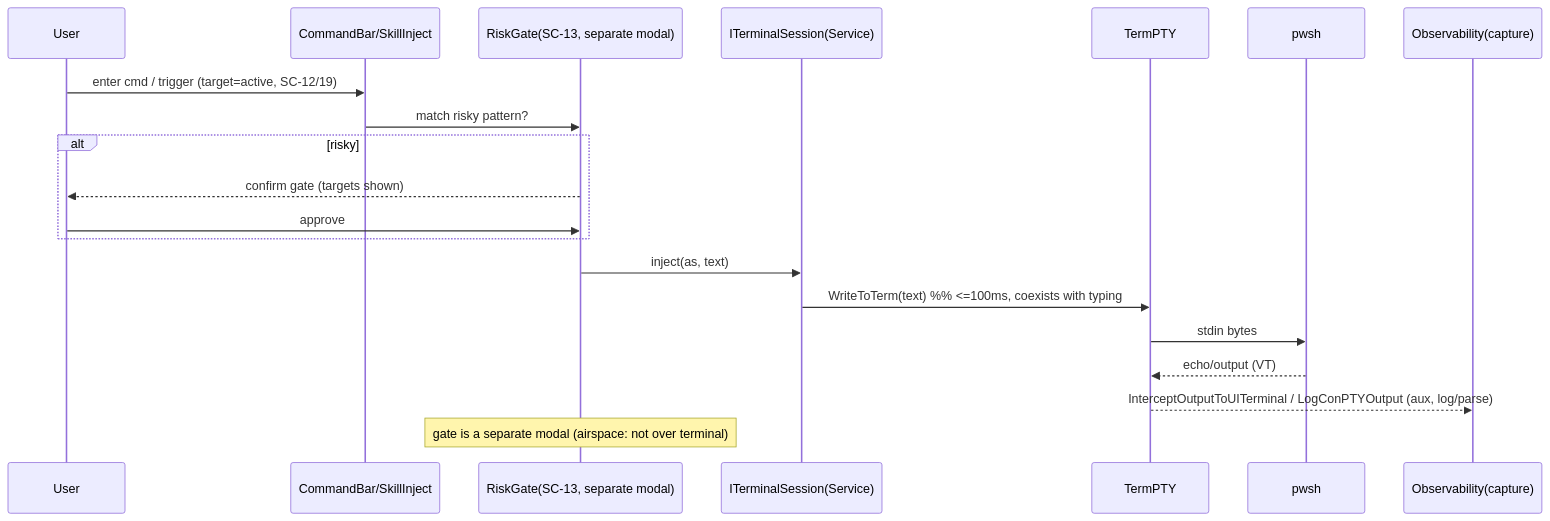
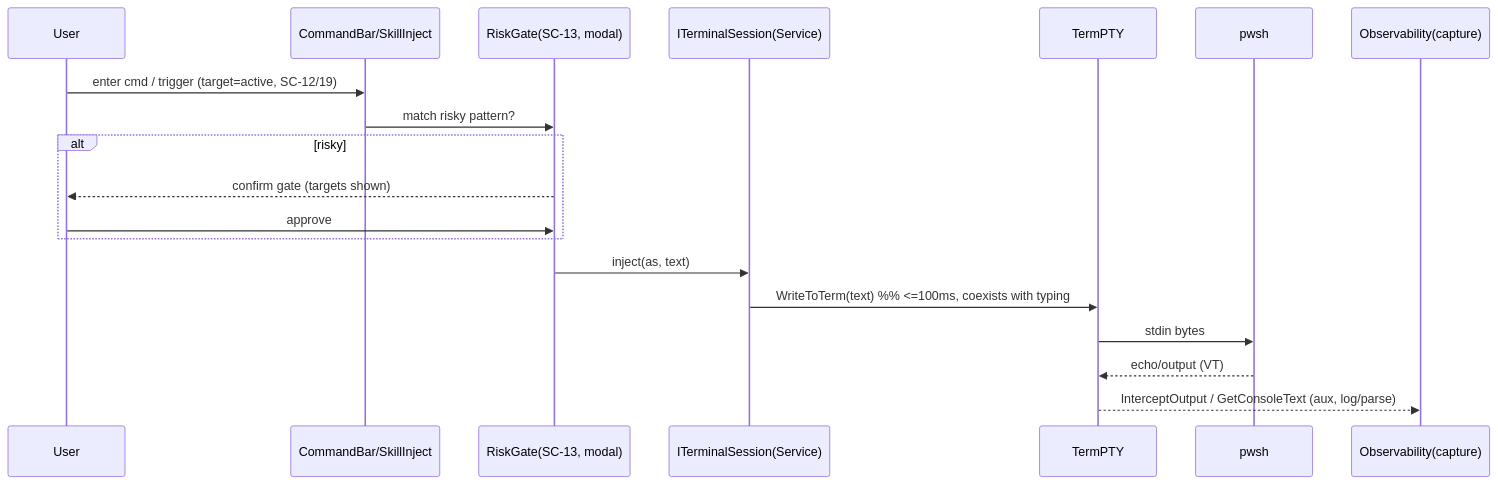
The second of 3 diagrams in docs/plans/v1/10_tech.md (MAHT1990/control_tower_win), drawn with Mermaid before and after one commit. The commit also changed other lines of this file and 13 other files, not shown here.

````diff
--- a/docs/plans/v1/10_tech.md
+++ b/docs/plans/v1/10_tech.md
@@ -258,22 +249,21 @@
 ```mermaid
 sequenceDiagram
     participant U as User
     participant CB as CommandBar/SkillInject
-    participant RG as RiskGate(SC-13, separate modal)
+    participant RG as RiskGate(SC-13, modal)
     participant TS as ITerminalSession(Service)
     participant TP as TermPTY
     participant PW as pwsh
     participant OB as Observability(capture)
     U->>CB: enter cmd / trigger (target=active, SC-12/19)
     CB->>RG: match risky pattern?
     alt risky
         RG-->>U: confirm gate (targets shown)
         U->>RG: approve
     end
     RG->>TS: inject(as, text)
     TS->>TP: WriteToTerm(text)  %% <=100ms, coexists with typing
     TP->>PW: stdin bytes
     PW-->>TP: echo/output (VT)
-    TP-->>OB: InterceptOutputToUITerminal / LogConPTYOutput (aux, log/parse)
-    Note over RG: gate is a separate modal (airspace: not over terminal)
+    TP-->>OB: InterceptOutput / GetConsoleText (aux, log/parse)
 ```
````
